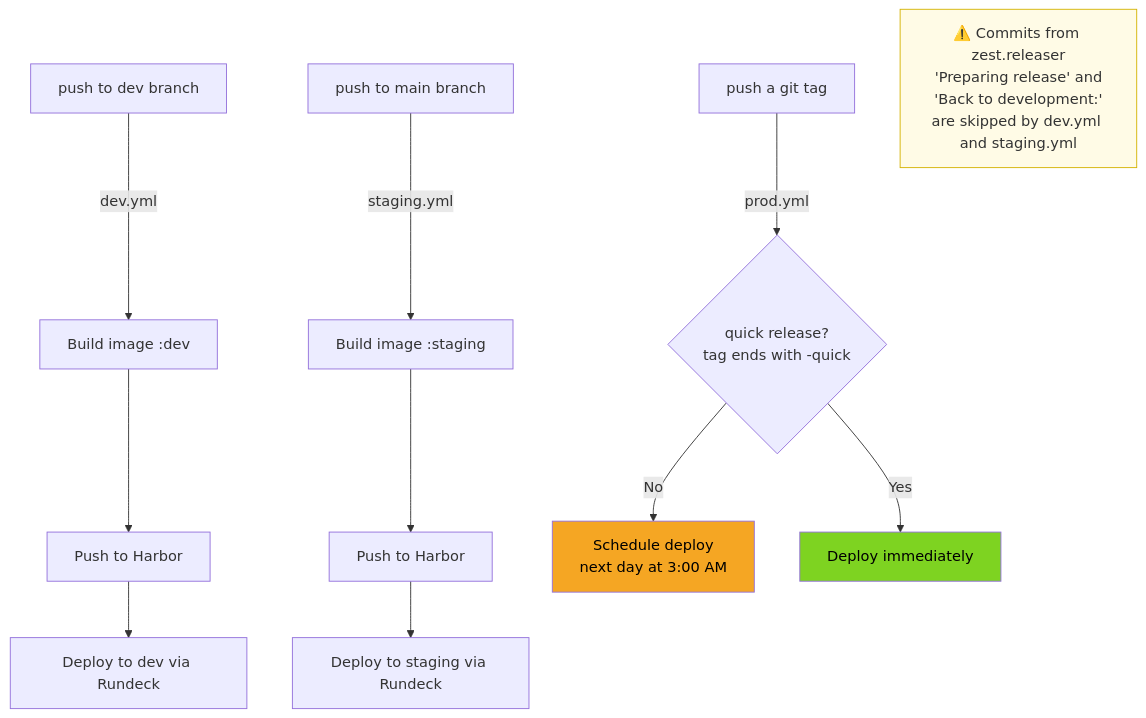
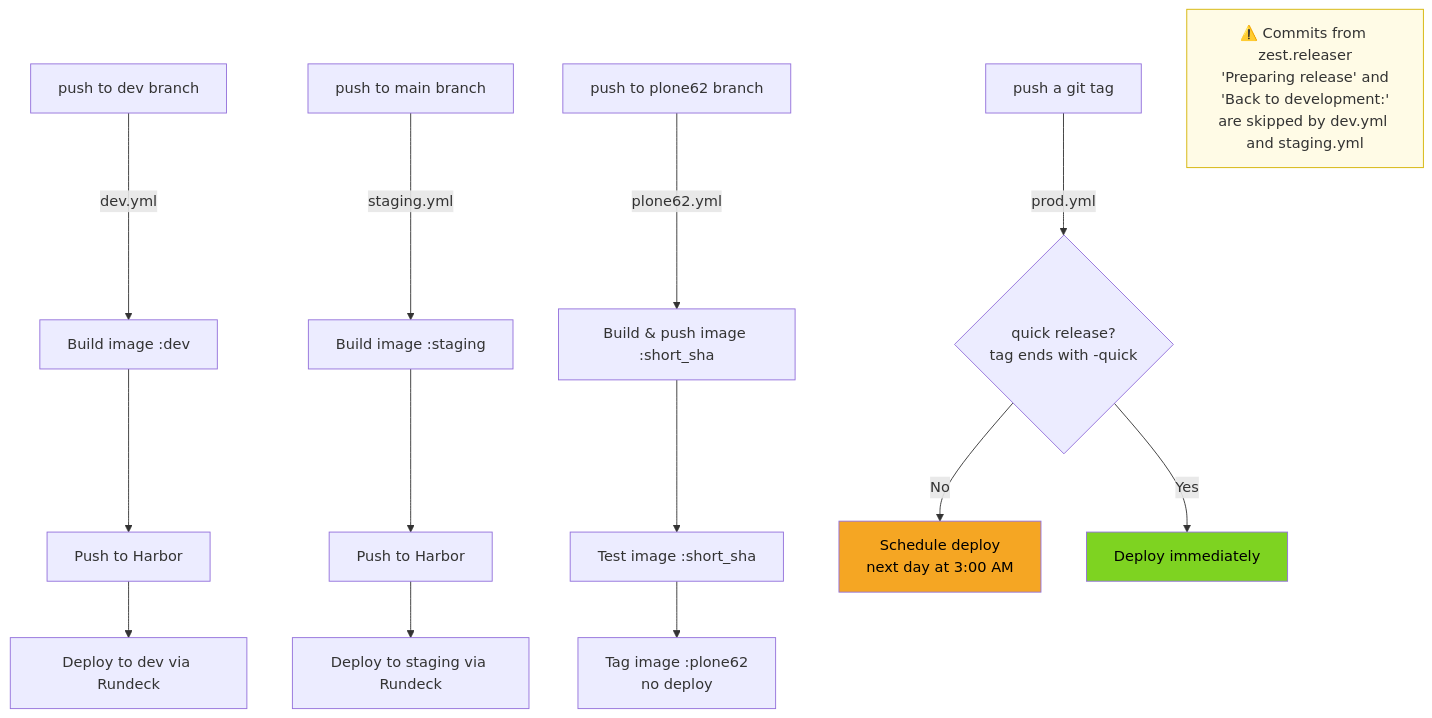
Before and after one commit to IMIO/buildout.news: the first of 4 diagrams in .github/workflows/README.md, drawn with Mermaid. The commit also changed other lines of this file and 15 other files, not shown here.

````diff
--- a/.github/workflows/README.md
+++ b/.github/workflows/README.md
@@ -15,20 +15,24 @@
 ```mermaid
 flowchart TD
     A[push to dev branch] -->|dev.yml| B[Build image :dev]
     B --> C[Push to Harbor]
     C --> D[Deploy to dev via Rundeck]
 
     E[push to main branch] -->|staging.yml| F[Build image :staging]
     F --> G[Push to Harbor]
     G --> H[Deploy to staging via Rundeck]
+
+    P[push to plone62 branch] -->|plone62.yml| Q[Build & push image :short_sha]
+    Q --> T[Test image :short_sha]
+    T --> R[Tag image :plone62\nno deploy]
 
     I[push a git tag] -->|prod.yml| J{quick release?\ntag ends with -quick}
     J -- No --> K[Schedule deploy\nnext day at 3:00 AM]
     J -- Yes --> L[Deploy immediately]
 
     style K fill:#f5a623,color:#000
     style L fill:#7ed321,color:#000
 
     note1[" ⚠️ Commits from zest.releaser\n'Preparing release' and\n'Back to development:'\nare skipped by dev.yml and staging.yml"]
     style note1 fill:#fffbe6,stroke:#d4b300,color:#333
 ```
````
